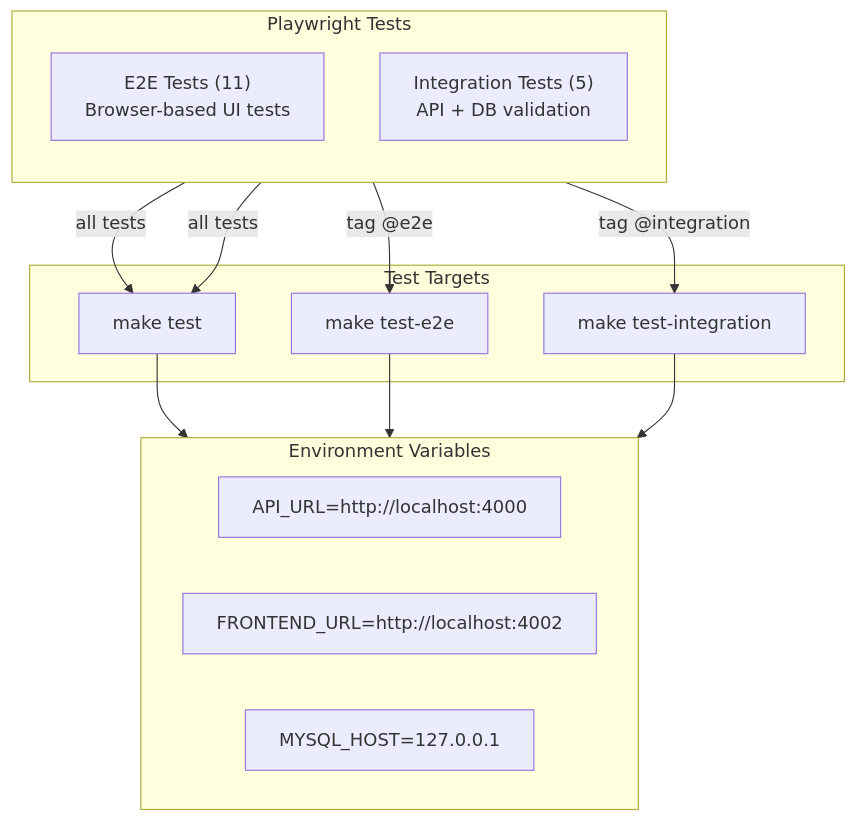
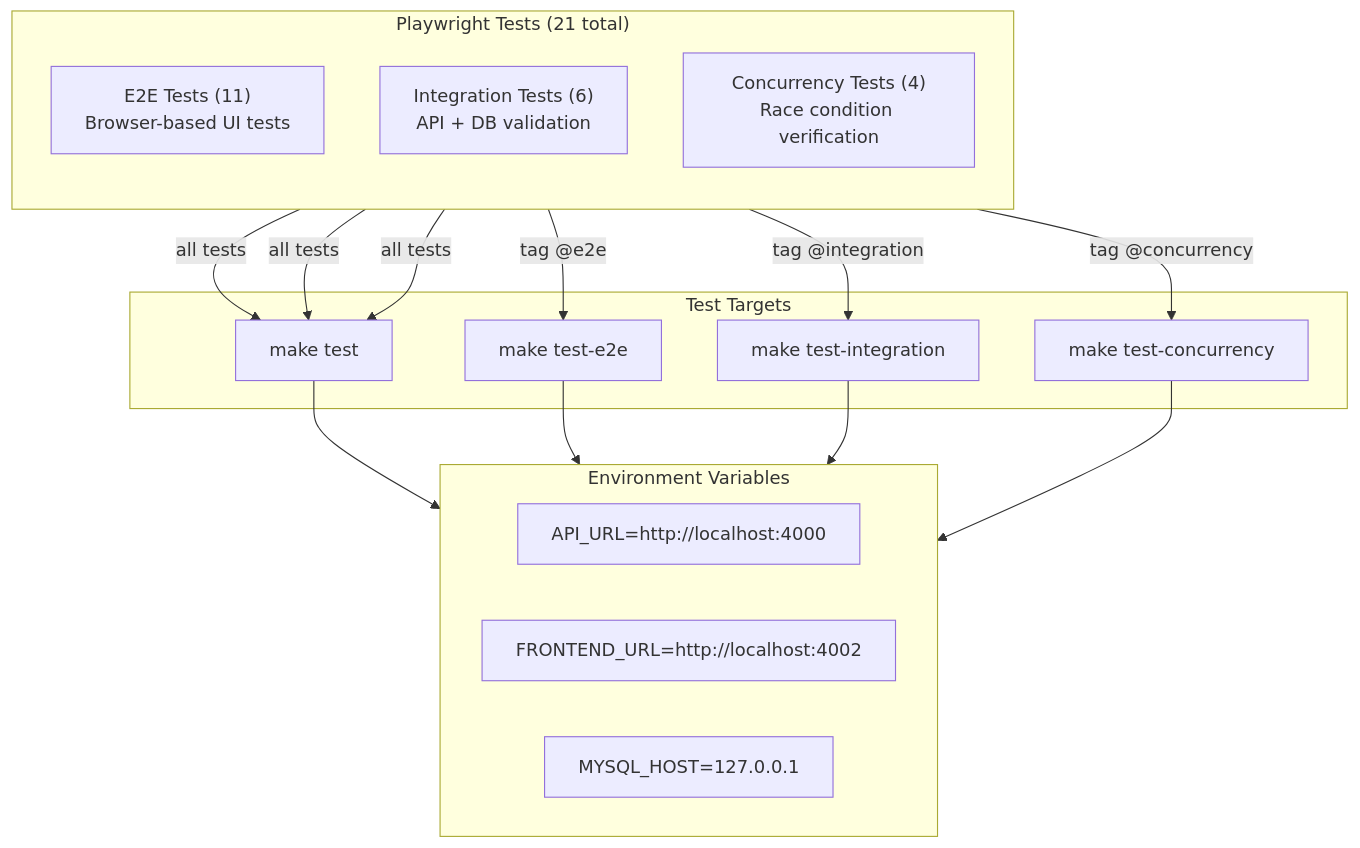
One commit to luiscanaveral/kata-testing changed the sixth of 6 diagrams in ARCHITECTURE.md. Above: the diagram before and after it, drawn with Mermaid. The commit also changed other lines of this file and 6 other files, not shown here.

Commit message:
added concurrency tests

````diff
--- a/ARCHITECTURE.md
+++ b/ARCHITECTURE.md
@@ -120,25 +123,29 @@
 ```mermaid
 graph TB
-    subgraph Tests["Playwright Tests"]
+    subgraph Tests["Playwright Tests (21 total)"]
         direction TB
         E2E["E2E Tests (11)\nBrowser-based UI tests"]
-        INT["Integration Tests (5)\nAPI + DB validation"]
+        INT["Integration Tests (6)\nAPI + DB validation"]
+        CON["Concurrency Tests (4)\nRace condition verification"]
     end
 
     subgraph Targets["Test Targets"]
         E2E -->|tag @e2e| make_e2e["make test-e2e"]
         INT -->|tag @integration| make_int["make test-integration"]
+        CON -->|tag @concurrency| make_con["make test-concurrency"]
         E2E -->|all tests| make_all["make test"]
         INT -->|all tests| make_all
+        CON -->|all tests| make_all
     end
 
     subgraph Env["Environment Variables"]
         API["API_URL=http://localhost:4000"]
         FE["FRONTEND_URL=http://localhost:4002"]
         DB_HOST["MYSQL_HOST=127.0.0.1"]
     end
 
     make_all --> Env
     make_e2e --> Env
     make_int --> Env
+    make_con --> Env
 ```
````
